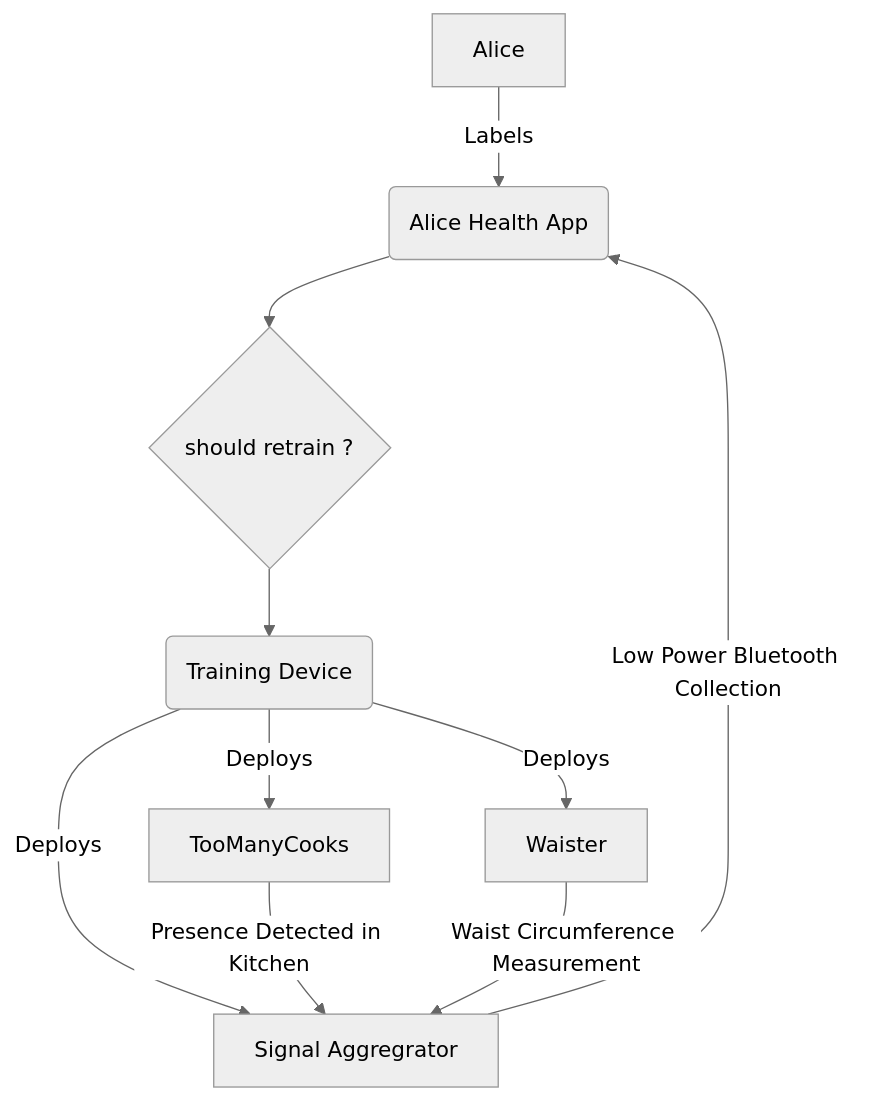
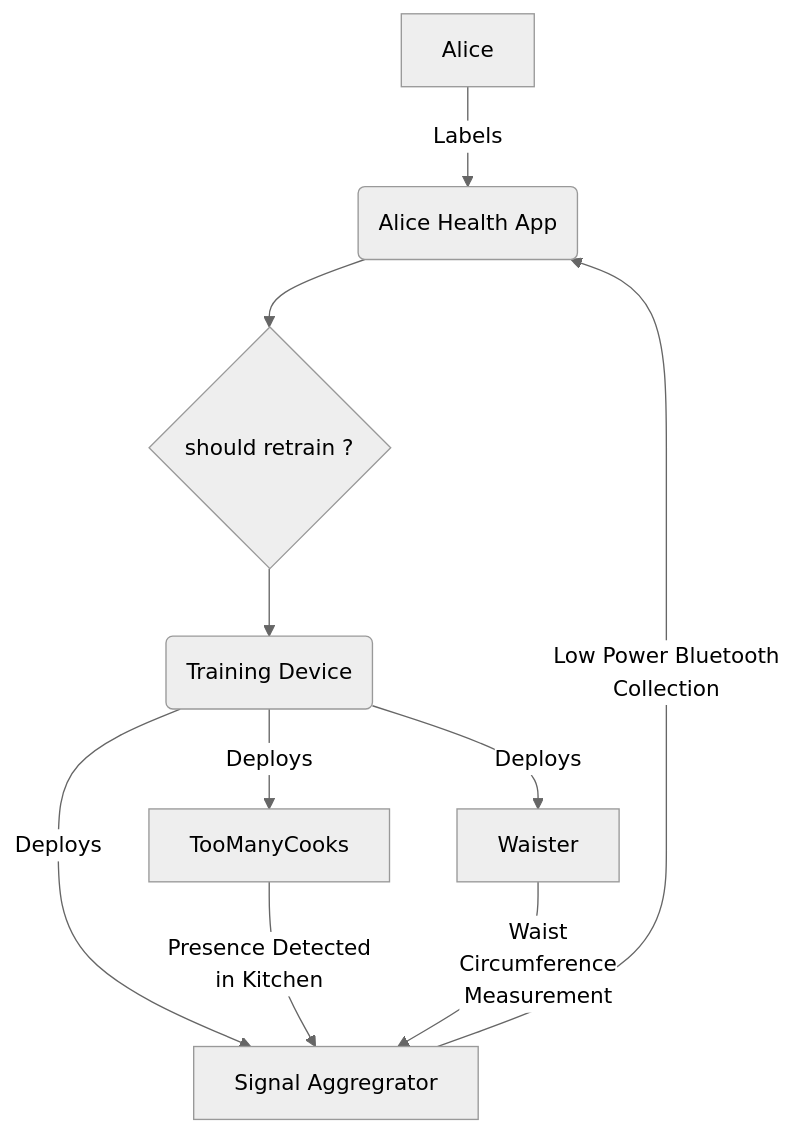
One commit to Gladsheimr/docs changed the second of 2 diagrams in content/docs/research/_index.md. Above: the diagram before and after it, drawn with Mermaid (neutral theme).

Commit message:
Cleaning up

```diff
--- a/content/docs/research/_index.md
+++ b/content/docs/research/_index.md
@@ -76,12 +76,12 @@
 {{< mermaid >}}
 graph TD
   A[Alice] -->| Labels | B(Alice Health App)
   B --> R{should retrain ?}
   R --> C(Training Device)
   C -->| Deploys | D[TooManyCooks]
   C -->| Deploys | E[Waister]
   C -->| Deploys | F[GoodFood]
-  D -->| Presence Detected in Kitchen | F[Signal Aggregrator]
-  E -->| Waist Circumference Measurement | F
-  F -->| Low Power Bluetooth Collection | B
+  D -->| Presence Detected<br />in Kitchen | F[Signal Aggregrator]
+  E -->| Waist<br /> Circumference<br /> Measurement | F
+  F -->| Low Power Bluetooth <br /> Collection | B
 {{< /mermaid >}}
```
